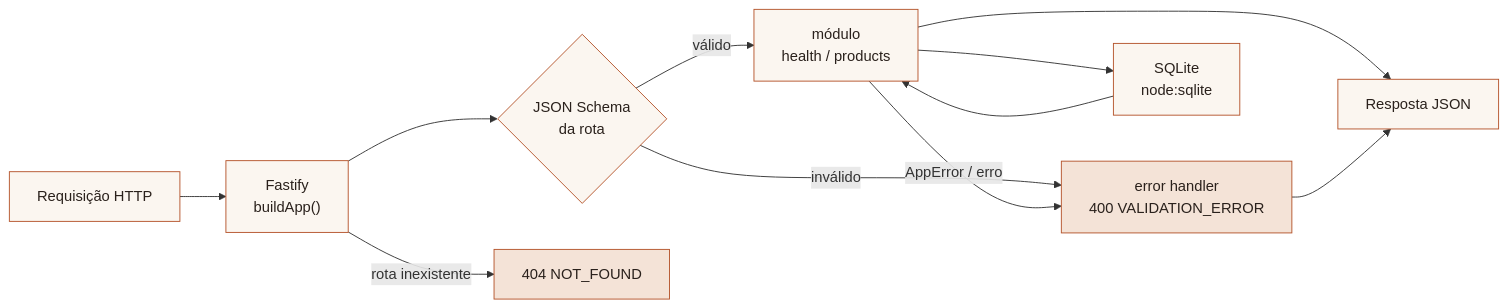
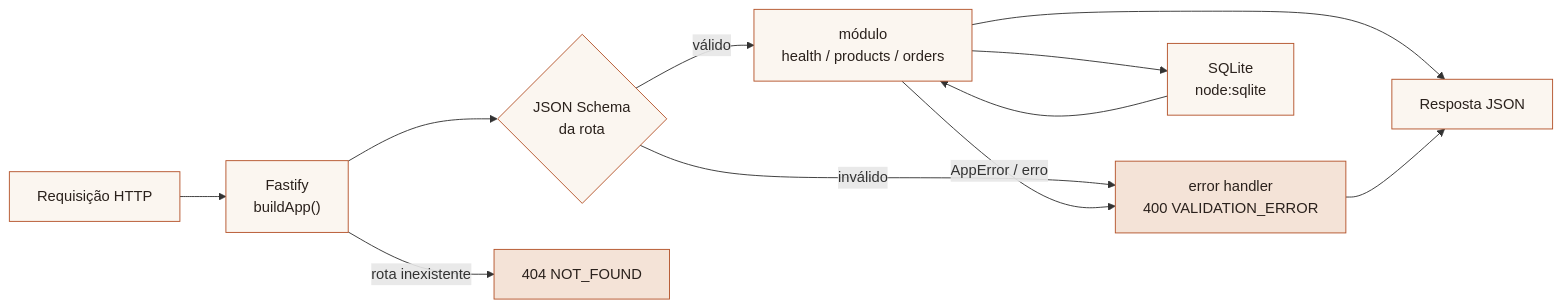
The second of 2 diagrams in README.md (jeancarlosaps/dinna-api), drawn with Mermaid before and after one commit. The commit also changed other lines of this file and 11 other files, not shown here.

````diff
--- a/README.md
+++ b/README.md
@@ -105,17 +106,17 @@
 ```mermaid
 flowchart LR
   REQ["Requisição HTTP"] --> F["Fastify<br/>buildApp()"]
   F --> VAL{"JSON Schema<br/>da rota"}
   VAL -- "inválido" --> EH["error handler<br/>400 VALIDATION_ERROR"]
-  VAL -- "válido" --> MOD["módulo<br/>health / products"]
+  VAL -- "válido" --> MOD["módulo<br/>health / products / orders"]
   MOD -- "AppError / erro" --> EH
   MOD --> DB["SQLite<br/>node:sqlite"]
   DB --> MOD
   MOD --> RES["Resposta JSON"]
   EH --> RES
   F -- "rota inexistente" --> NF["404 NOT_FOUND"]
   classDef core fill:#FBF6F0,stroke:#B4532A,color:#2A211C
   classDef err fill:#F4E3D7,stroke:#B4532A,color:#2A211C
   class REQ,F,VAL,MOD,DB,RES core
   class EH,NF err
 ```
````
